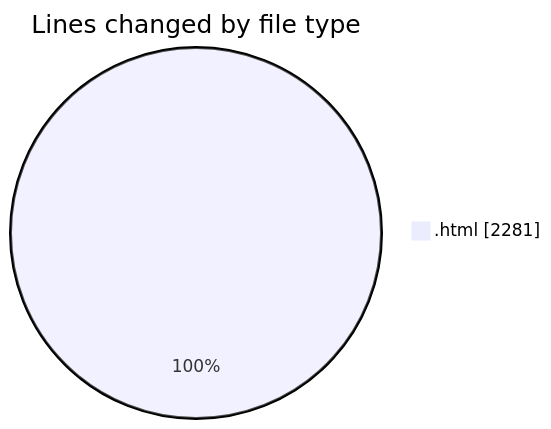
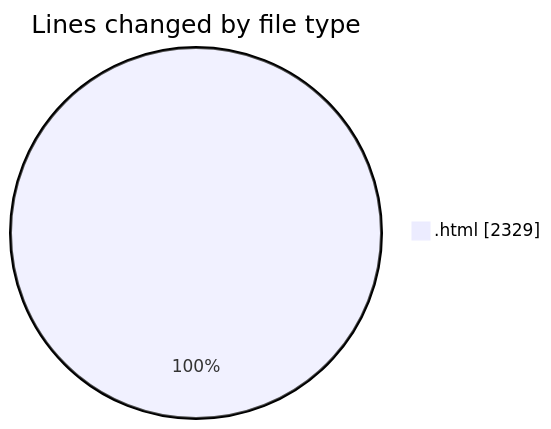
One commit to Ritupan-Deka/code-tracking changed the first of 2 diagrams in 2025-06-17/projects/README.md. Above: the diagram before and after it, drawn with Mermaid. The commit also changed other lines of this file and 1 other file, not shown here.

````diff
--- a/2025-06-17/projects/README.md
+++ b/2025-06-17/projects/README.md
@@ -21,5 +21,5 @@
 ```mermaid
 pie showData
 title Lines changed by file type
-".html" : 2281
+".html" : 2329
 ```
````
